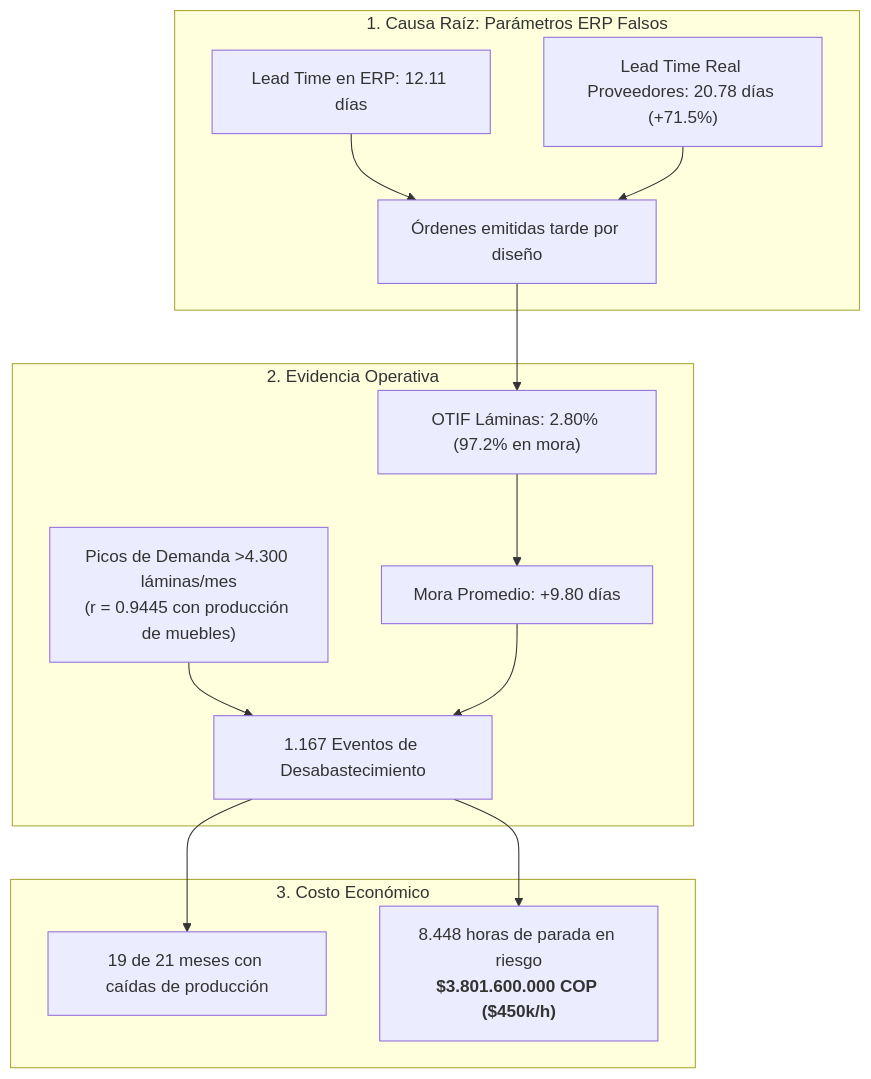
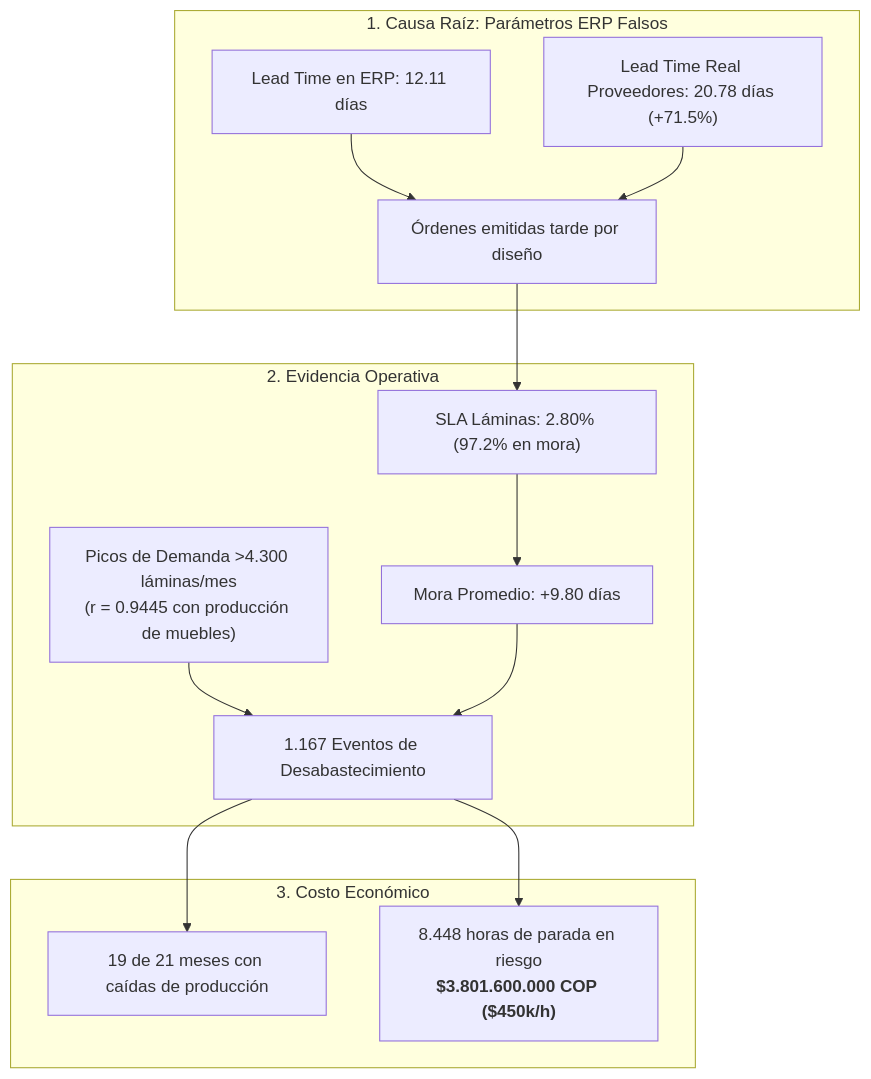
The fourth of 6 diagrams in informes/INFORME_SUSTENTACION_JUNTA_DIRECTIVA_E1.md (juliancarmotrice-star/E2), drawn with Mermaid before and after one commit. The commit also changed other lines of this file and 15 other files, not shown here.

Commit message:
docs: harmonize SLA and ERI terminology across all reports and align architecture section 6 baseline figures

````diff
--- a/informes/INFORME_SUSTENTACION_JUNTA_DIRECTIVA_E1.md
+++ b/informes/INFORME_SUSTENTACION_JUNTA_DIRECTIVA_E1.md
@@ -200,20 +200,20 @@
 ```mermaid
 flowchart TD
     subgraph Causa["1. Causa Raíz: Parámetros ERP Falsos"]
         ERP["Lead Time en ERP: 12.11 días"]
         REAL["Lead Time Real Proveedores: 20.78 días (+71.5%)"]
         ERP & REAL --> DELAY["Órdenes emitidas tarde por diseño"]
     end
 
     subgraph Evidencia["2. Evidencia Operativa"]
-        DELAY --> OTIF["OTIF Láminas: 2.80% (97.2% en mora)"]
-        OTIF --> MORA["Mora Promedio: +9.80 días"]
+        DELAY --> SLA["SLA Láminas: 2.80% (97.2% en mora)"]
+        SLA --> MORA["Mora Promedio: +9.80 días"]
         PICO["Picos de Demanda >4.300 láminas/mes<br>(r = 0.9445 con producción de muebles)"] --> STOCKOUT["1.167 Eventos de Desabastecimiento"]
         MORA --> STOCKOUT
     end
 
     subgraph Impacto["3. Costo Económico"]
         STOCKOUT --> FAIL["19 de 21 meses con caídas de producción"]
         STOCKOUT --> RISK["8.448 horas de parada en riesgo<br><b>$3.801.600.000 COP ($450k/h)</b>"]
     end
 ```
````
